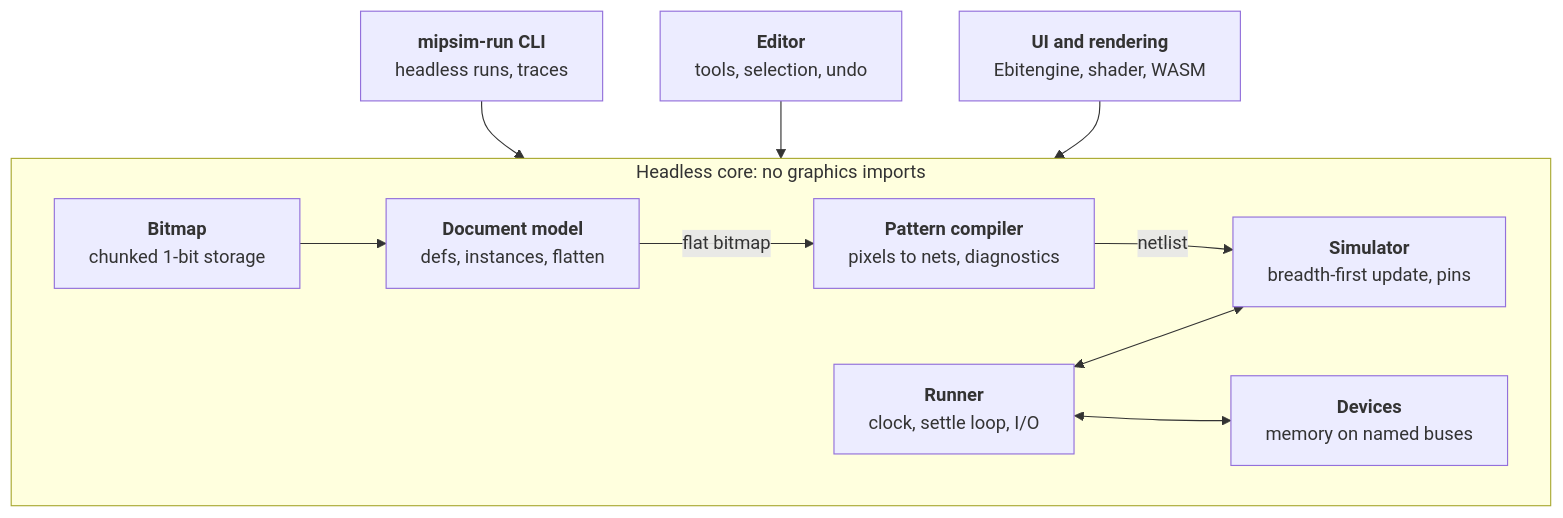
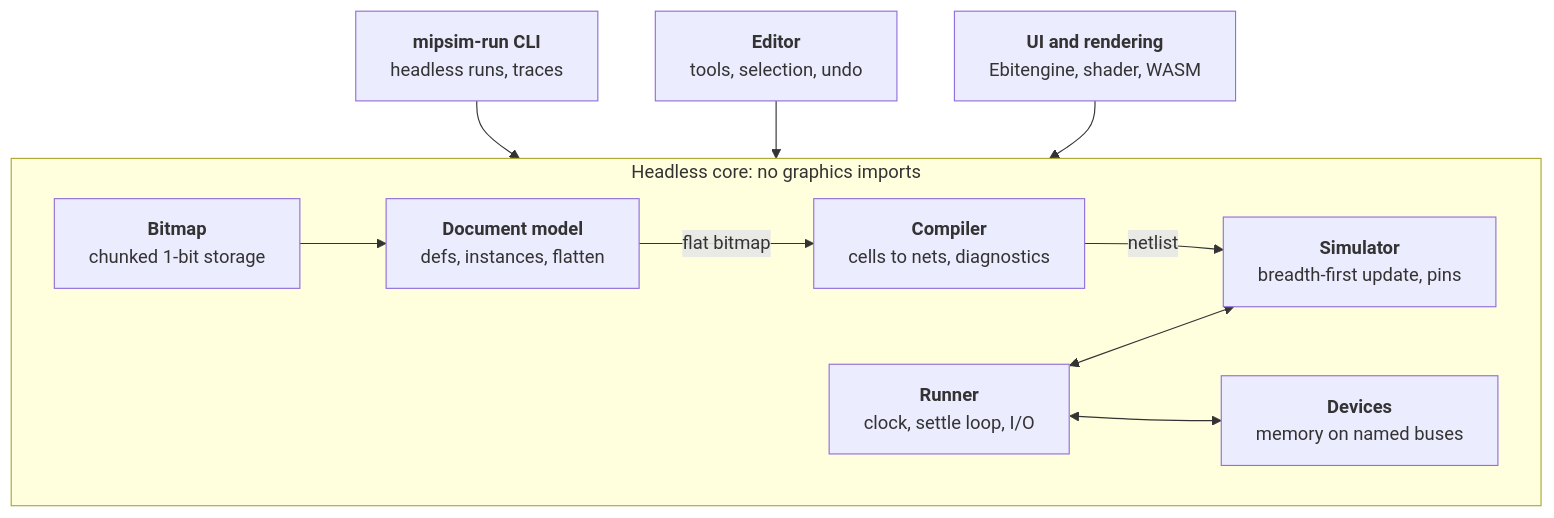
Before and after one commit to Castux/mipsim2: the diagram in PLAN.md, drawn with Mermaid. The commit also changed other lines of this file and 1 other file, not shown here.

First line of the commit message:
Clean up leftovers of the pattern language

````diff
--- a/PLAN.md
+++ b/PLAN.md
@@ -108,14 +108,14 @@
 ```mermaid
 flowchart TB
     subgraph core["Headless core: no graphics imports"]
         direction LR
         bitmap["<b>Bitmap</b><br/>chunked 1-bit storage"] --> doc["<b>Document model</b><br/>defs, instances, flatten"]
-        doc -- flat bitmap --> netlist["<b>Pattern compiler</b><br/>pixels to nets, diagnostics"]
+        doc -- flat bitmap --> netlist["<b>Compiler</b><br/>cells to nets, diagnostics"]
         netlist -- netlist --> sim["<b>Simulator</b><br/>breadth-first update, pins"]
         runner["<b>Runner</b><br/>clock, settle loop, I/O"] <--> sim
         runner <--> devices["<b>Devices</b><br/>memory on named buses"]
     end
     cli["<b>mipsim-run CLI</b><br/>headless runs, traces"] --> core
     editor["<b>Editor</b><br/>tools, selection, undo"] --> core
     ui["<b>UI and rendering</b><br/>Ebitengine, shader, WASM"] --> core
 ```
````
